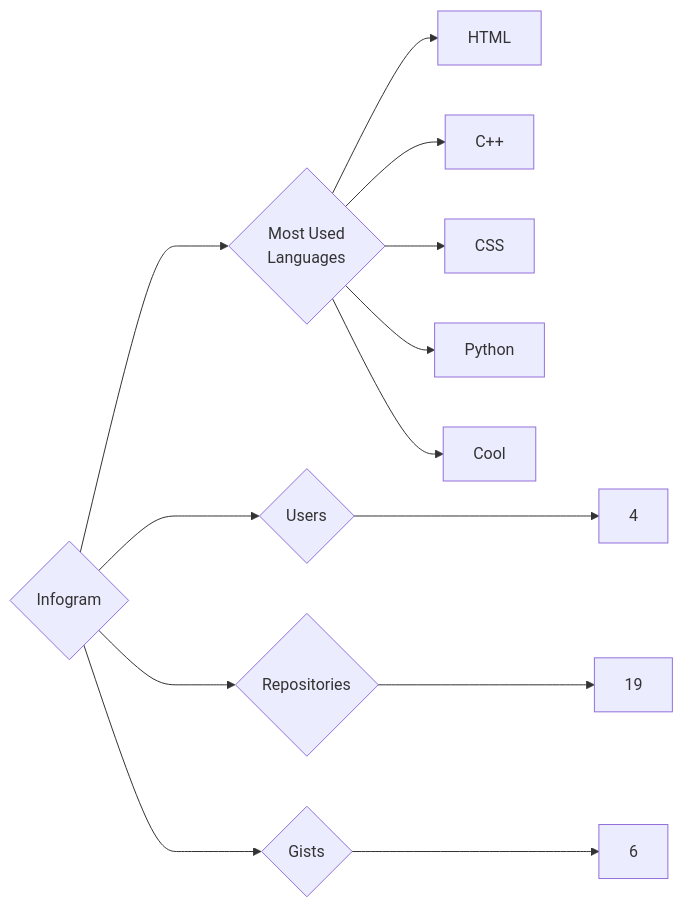
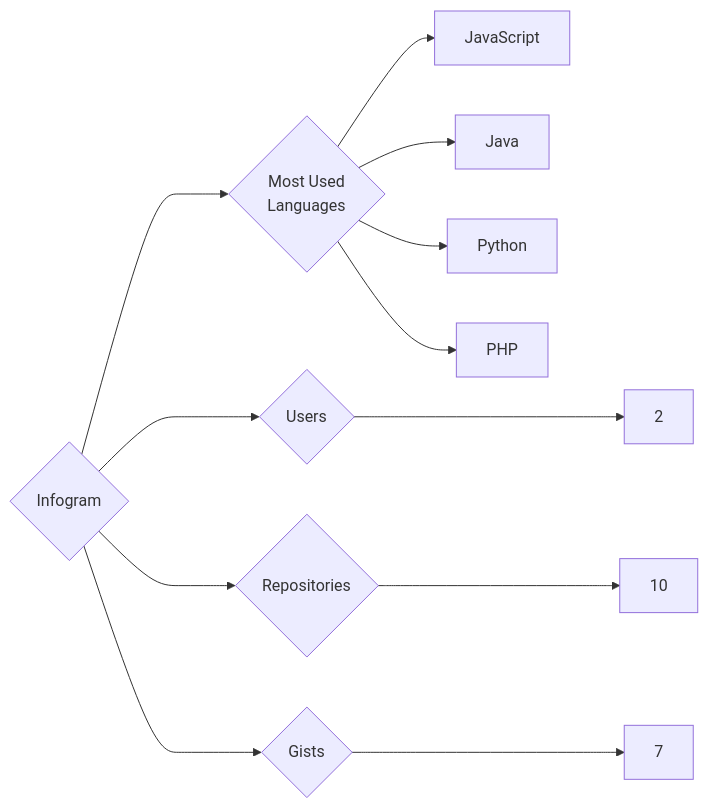
One commit to trickest/insiders changed the diagram in targets/Infogram/README.md. Above: the diagram before and after it, drawn with Mermaid. The commit also changed 857 other files, not shown here.

````diff
--- a/targets/Infogram/README.md
+++ b/targets/Infogram/README.md
@@ -3,13 +3,12 @@
 ```mermaid
 graph LR
 COMPANY_NAME{Infogram}
-COMPANY_NAME ---> U{Users} ---> UN[4]
-COMPANY_NAME ---> R{Repositories} ---> RN[19]
-COMPANY_NAME ---> G{Gists} ---> GN[6]
+COMPANY_NAME ---> U{Users} ---> UN[2]
+COMPANY_NAME ---> R{Repositories} ---> RN[10]
+COMPANY_NAME ---> G{Gists} ---> GN[7]
 COMPANY_NAME ---> ML{Most Used<br>Languages}
-ML --> HTML[HTML]
-ML --> C++[C++]
-ML --> CSS[CSS]
+ML --> JavaScript[JavaScript]
+ML --> Java[Java]
 ML --> Python[Python]
-ML --> Cool[Cool]
+ML --> PHP[PHP]
 ```
````
